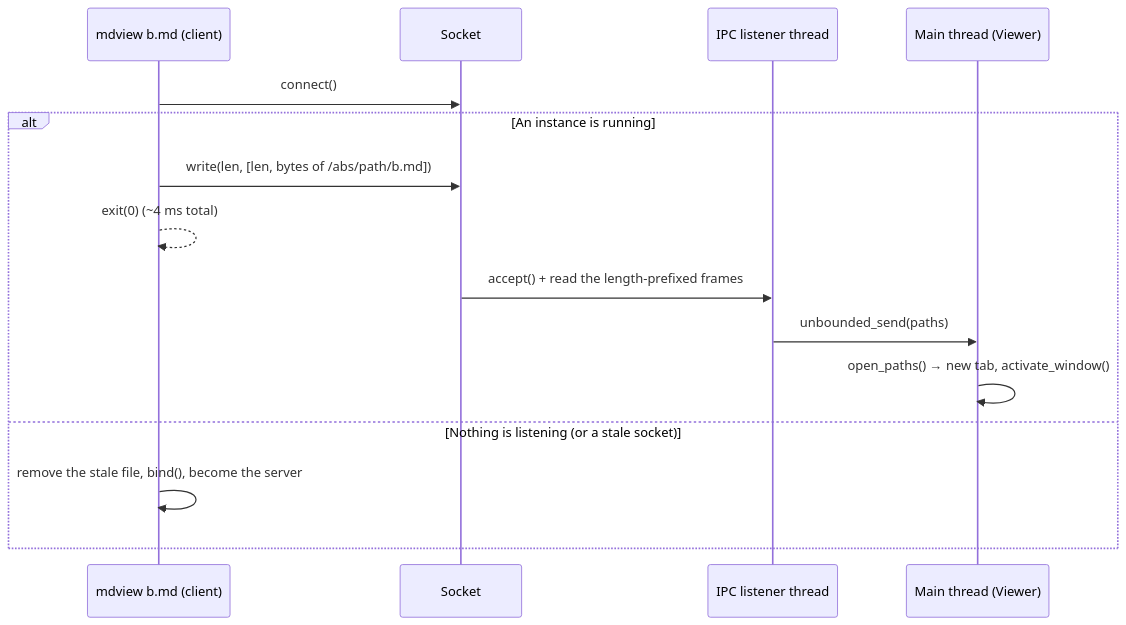
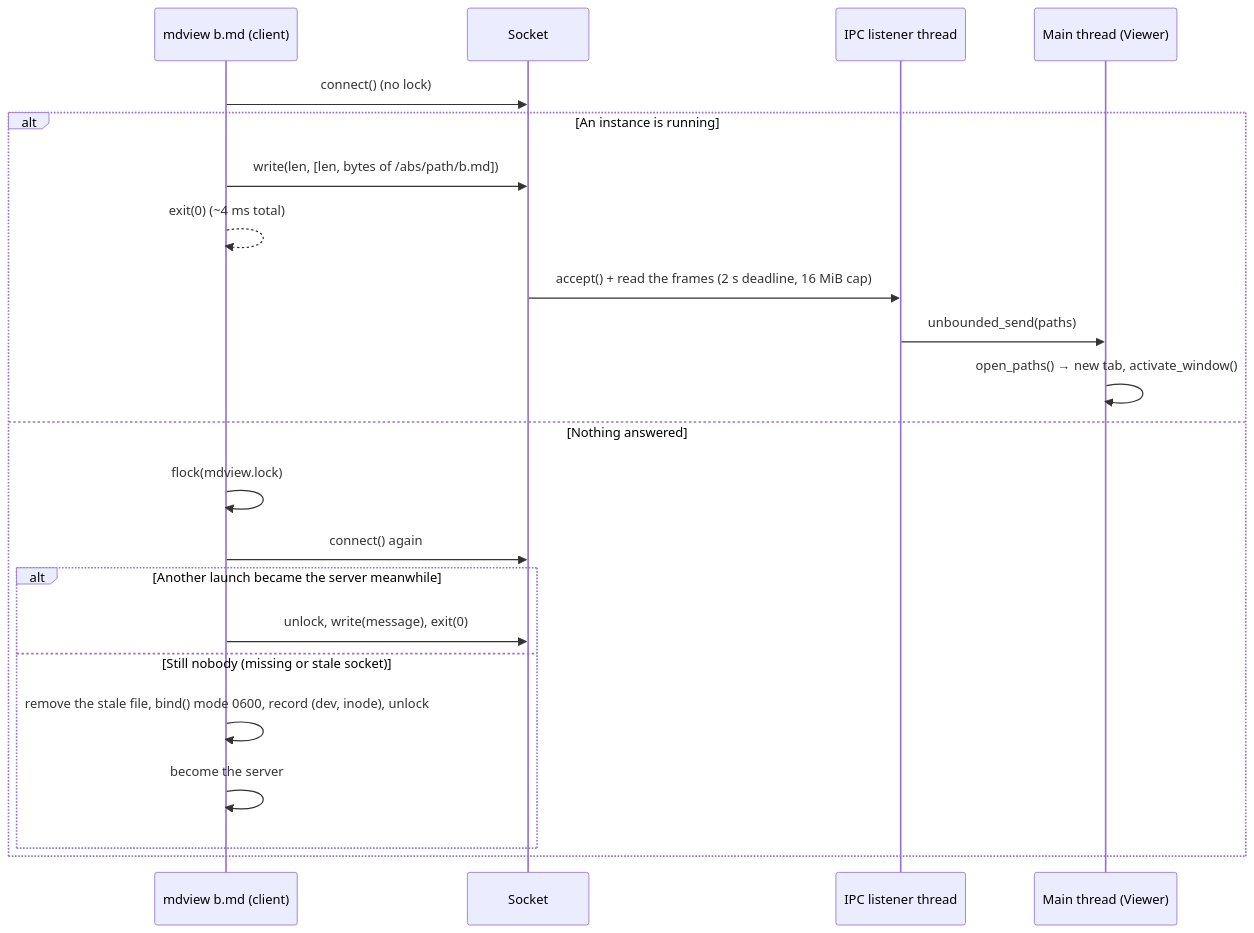
The fifth of 6 diagrams in docs/architecture.md (JorgeAgar/markdown-viewer-zed), drawn with Mermaid before and after one commit. The commit also changed other lines of this file and 5 other files, not shown here.

````diff
--- a/docs/architecture.md
+++ b/docs/architecture.md
@@ -252,18 +277,25 @@
 ```mermaid
 sequenceDiagram
     participant C as mdview b.md (client)
     participant S as Socket
     participant L as IPC listener thread
     participant UI as Main thread (Viewer)
 
-    C->>S: connect()
+    C->>S: connect() (no lock)
     alt An instance is running
         C->>S: write(len, [len, bytes of /abs/path/b.md])
         C-->>C: exit(0) (~4 ms total)
-        S->>L: accept() + read the length-prefixed frames
+        S->>L: accept() + read the frames (2 s deadline, 16 MiB cap)
         L->>UI: unbounded_send(paths)
         UI->>UI: open_paths() → new tab, activate_window()
-    else Nothing is listening (or a stale socket)
-        C->>C: remove the stale file, bind(), become the server
+    else Nothing answered
+        C->>C: flock(mdview.lock)
+        C->>S: connect() again
+        alt Another launch became the server meanwhile
+            C->>S: unlock, write(message), exit(0)
+        else Still nobody (missing or stale socket)
+            C->>C: remove the stale file, bind() mode 0600, record (dev, inode), unlock
+            C->>C: become the server
+        end
     end
 ```
````
